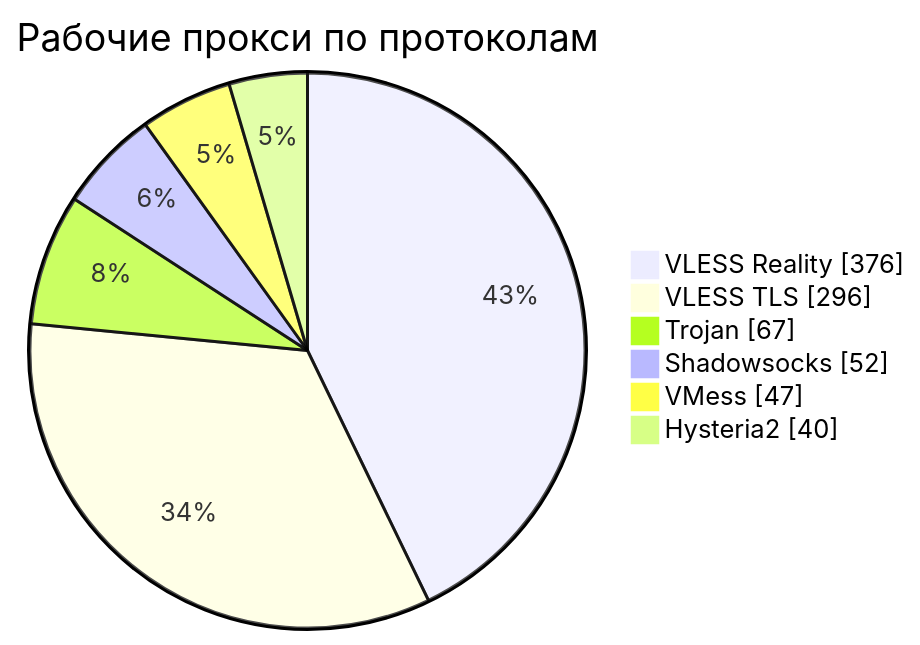
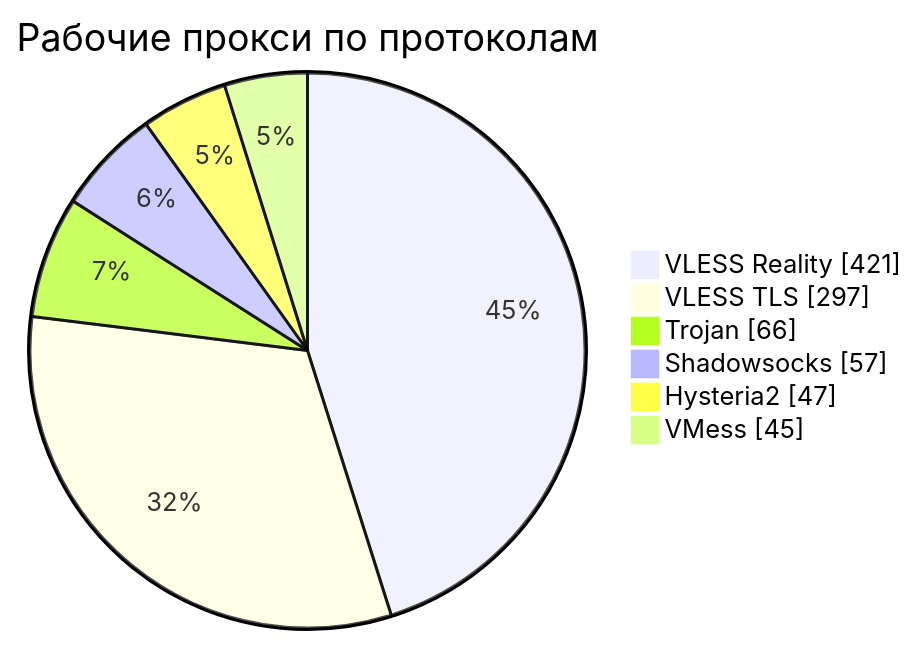
Before and after one commit to rvvg/proxy-subs: the third of 4 diagrams in README.md, drawn with Mermaid. The commit also changed other lines of this file and 45 other files, not shown here.

````diff
--- a/README.md
+++ b/README.md
@@ -132,10 +136,10 @@
 ```mermaid
 pie showData
     title Рабочие прокси по протоколам
-    "VLESS Reality" : 376
-    "VLESS TLS" : 296
-    "Trojan" : 67
-    "Shadowsocks" : 52
-    "VMess" : 47
-    "Hysteria2" : 40
+    "VLESS Reality" : 421
+    "VLESS TLS" : 297
+    "Trojan" : 66
+    "Shadowsocks" : 57
+    "Hysteria2" : 47
+    "VMess" : 45
 ```
````
